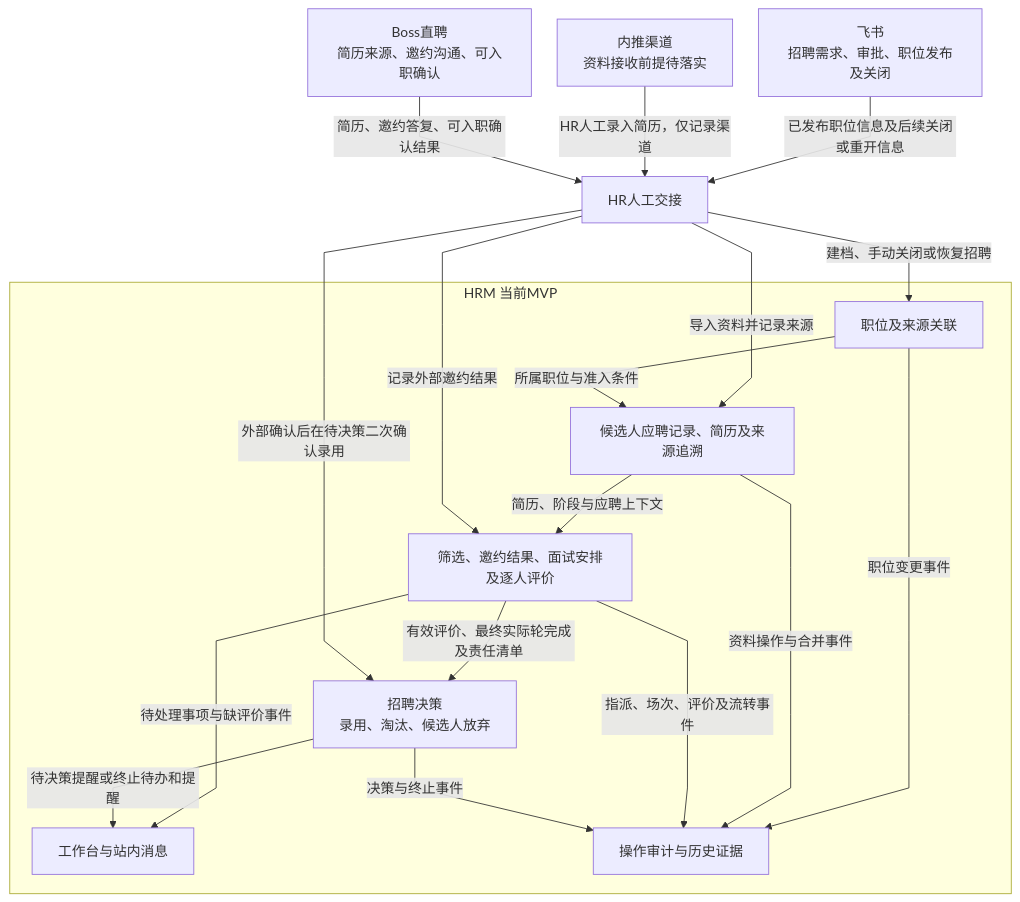
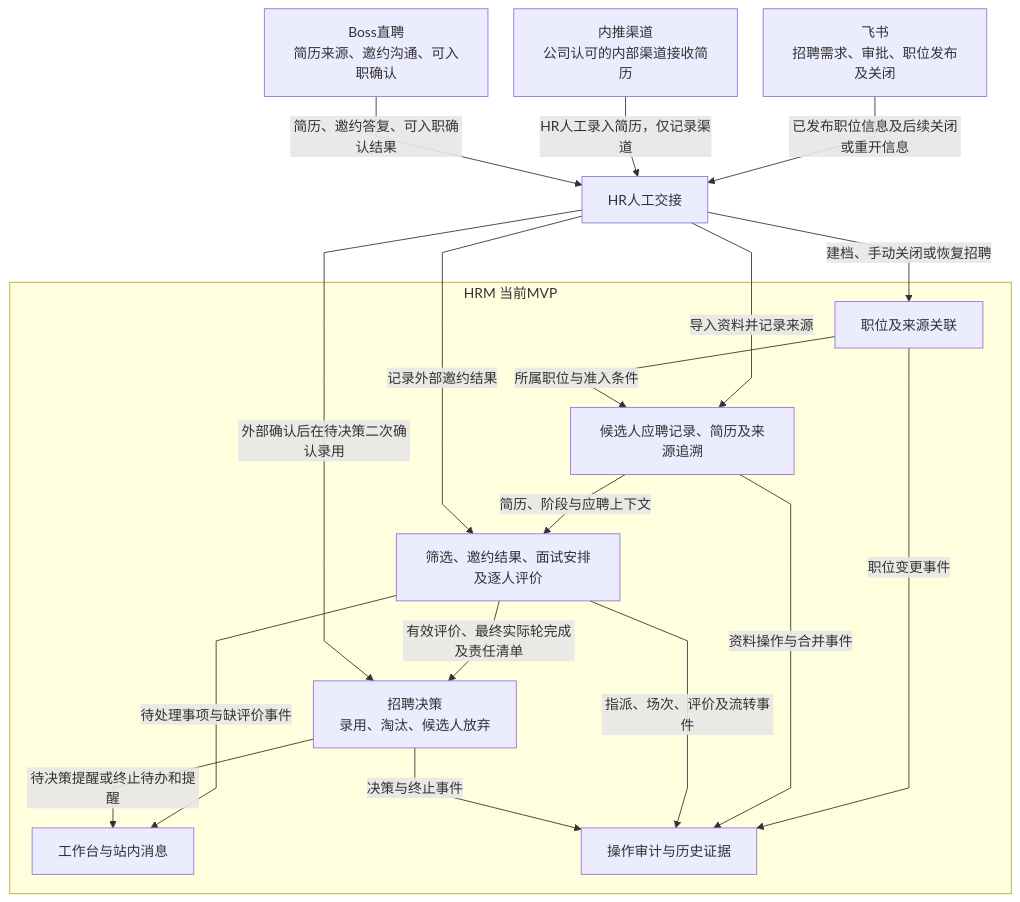
Before and after one commit to leidaibo-lab/pm-hrm: the second of 2 diagrams in docs/output/产品项目总览.md, drawn with Mermaid. The commit also changed other lines of this file and 30 other files, not shown here.

````diff
--- a/docs/output/产品项目总览.md
+++ b/docs/output/产品项目总览.md
@@ -77,31 +75,31 @@
 ```mermaid
 %%{init: {"flowchart":{"curve":"linear","nodeSpacing":30,"rankSpacing":45,"diagramPadding":16,"wrappingWidth":200},"sequence":{"mirrorActors":false,"actorMargin":45,"messageMargin":30,"noteMargin":12,"wrap":false},"er":{"diagramPadding":16,"minEntityWidth":130,"minEntityHeight":45}}}%%
 flowchart TB
     Feishu["飞书<br/>招聘需求、审批、职位发布及关闭"]
     Boss["Boss直聘<br/>简历来源、邀约沟通、可入职确认"]
     HR["HR人工交接"]
     subgraph HRM["HRM 当前MVP"]
         Job["职位及来源关联"]
         Candidate["候选人应聘记录、简历及来源追溯"]
         Collaboration["筛选、邀约结果、面试安排及逐人评价"]
         Decision["招聘决策<br/>录用、淘汰、候选人放弃"]
         Work["工作台与站内消息"]
         Audit["操作审计与历史证据"]
     end
     Feishu -->|已发布职位信息及后续关闭或重开信息| HR
-    Referral["内推渠道<br/>资料接收前提待落实"] -->|HR人工录入简历，仅记录渠道| HR
+    Referral["内推渠道<br/>公司认可的内部渠道接收简历"] -->|HR人工录入简历，仅记录渠道| HR
     Boss -->|简历、邀约答复、可入职确认结果| HR
     HR -->|建档、手动关闭或恢复招聘| Job
     HR -->|导入资料并记录来源| Candidate
     Job -->|所属职位与准入条件| Candidate
     Candidate -->|简历、阶段与应聘上下文| Collaboration
     HR -->|记录外部邀约结果| Collaboration
     Collaboration -->|有效评价、最终实际轮完成及责任清单| Decision
     HR -->|外部确认后在待决策二次确认录用| Decision
     Collaboration -->|待处理事项与缺评价事件| Work
     Decision -->|待决策提醒或终止待办和提醒| Work
     Job -->|职位变更事件| Audit
     Candidate -->|资料操作与合并事件| Audit
     Collaboration -->|指派、场次、评价及流转事件| Audit
     Decision -->|决策与终止事件| Audit
 ```
````
